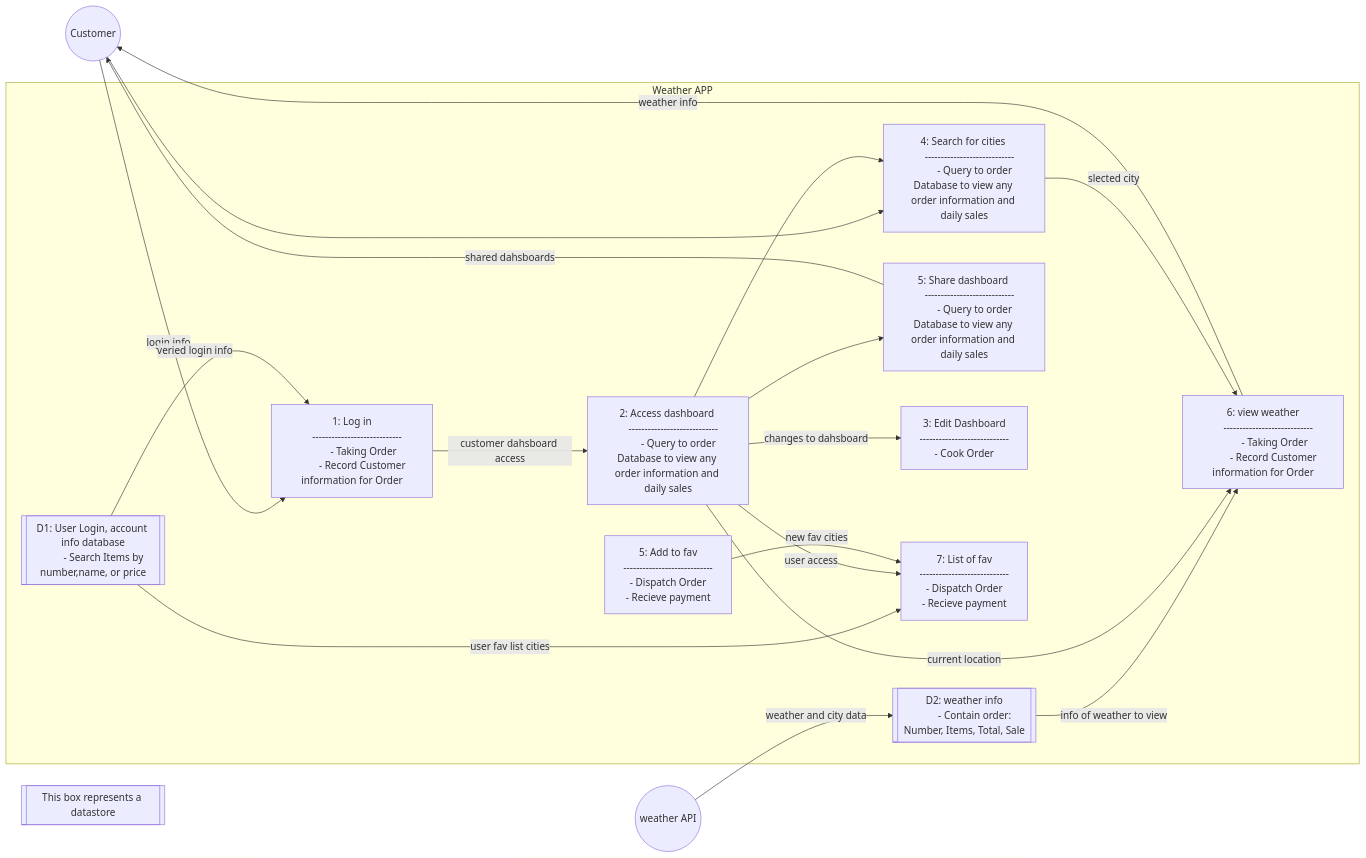
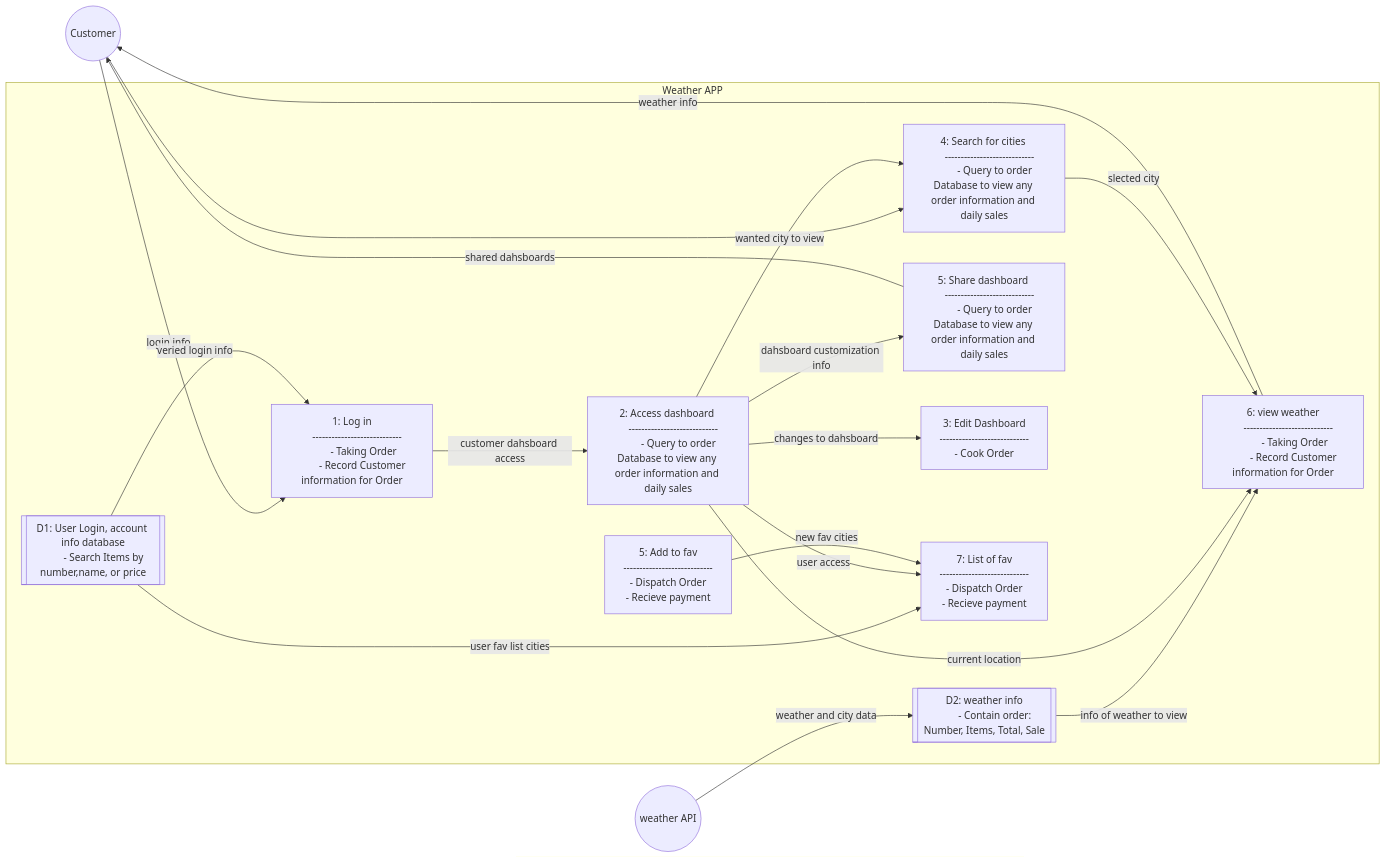
The diagram in dfd-section/lvl1.md (IAmThatGuy2004/The-Weather-App-project), drawn with Mermaid before and after one commit.

Commit message:
relationship comment change for access

````diff
--- a/dfd-section/lvl1.md
+++ b/dfd-section/lvl1.md
@@ -78,8 +78,8 @@
     access-->|user access|lf
     fav-->|new fav cities|lf
 
-    access-->search
-    access-->share
+    access-->|wanted city to view|search
+    access-->|dahsboard customization info|share
     search-->|slected city|view
 
 
@@ -88,9 +88,4 @@
 %%Databse for user info can be seperated to more instances for clarity
 end
 
-  
-   
-
-subId[["`This box represents a datastore`"]] 
-
 ```
````
